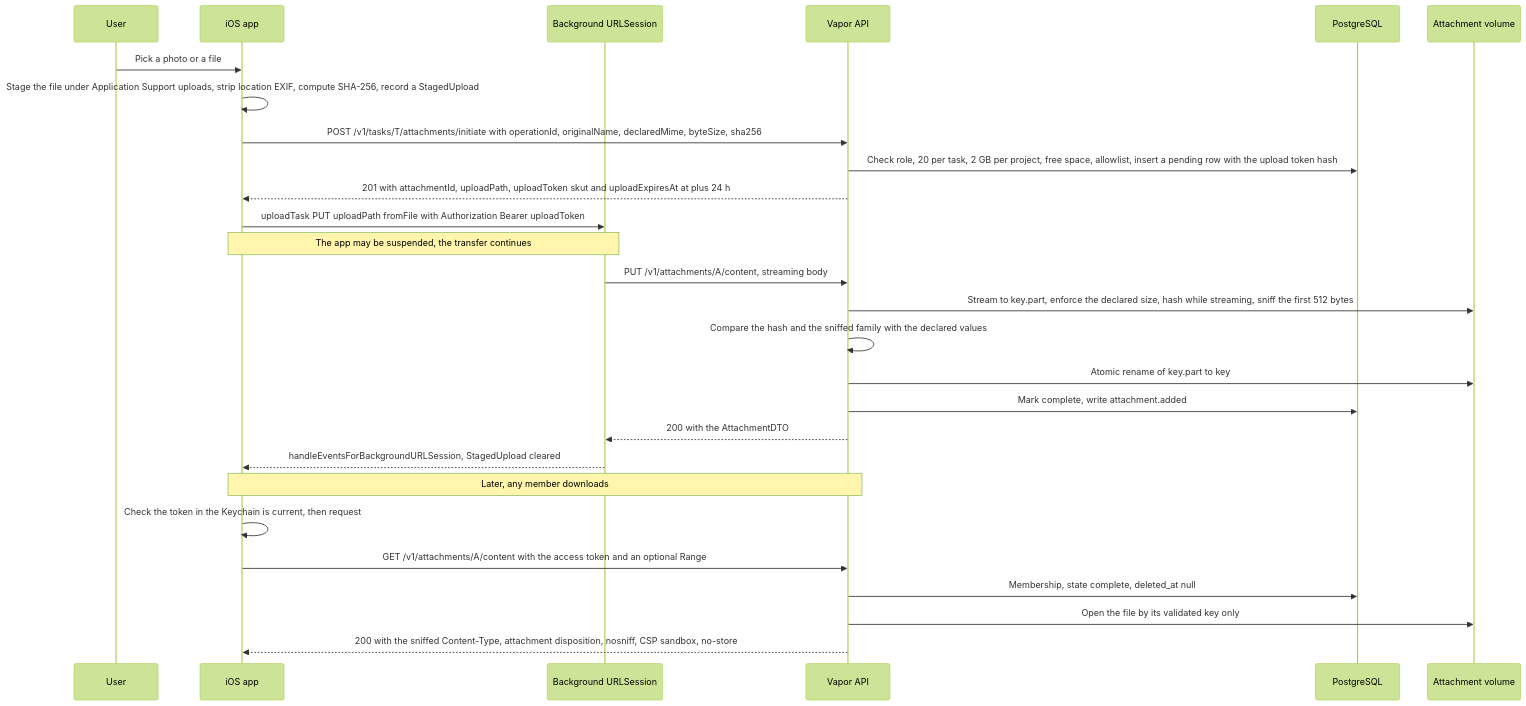
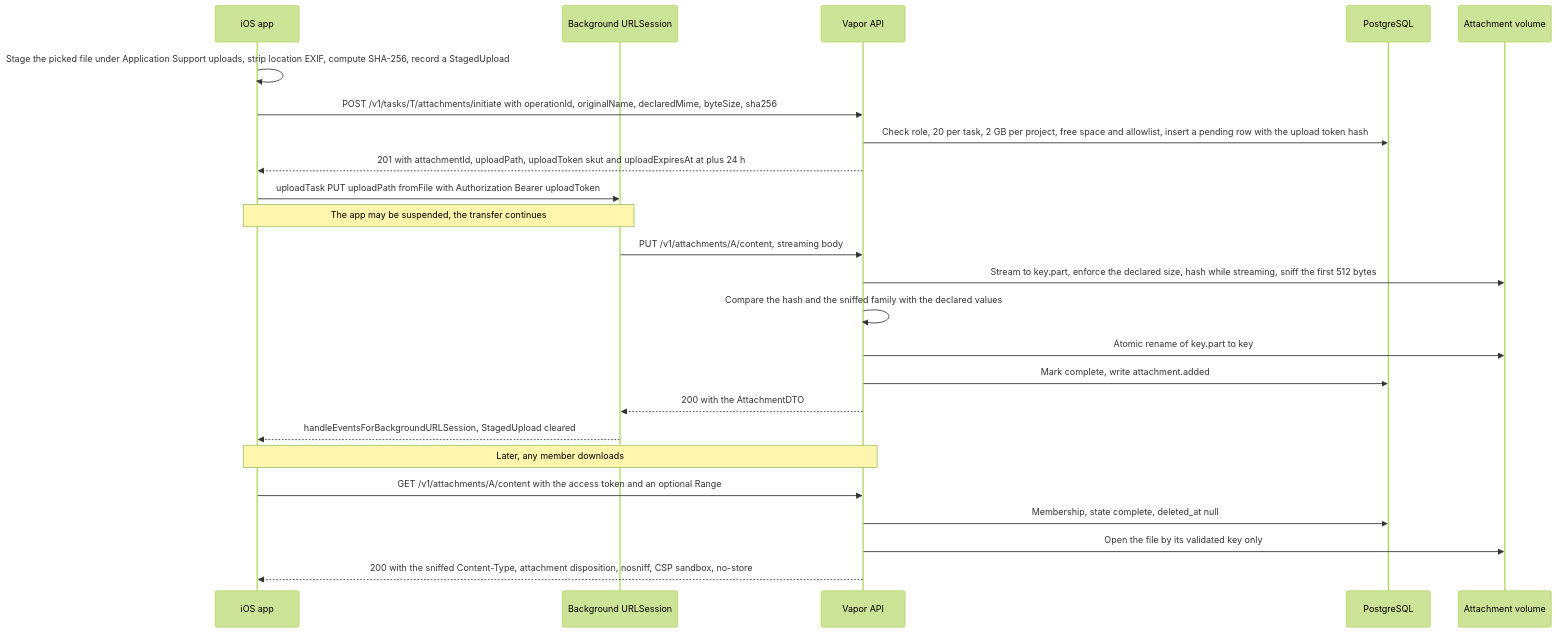
One commit to cdcucco/Shared-Kanban changed the tenth of 13 diagrams in docs/architecture.md. Above: the diagram before and after it, drawn with Mermaid (forest theme). The commit also changed other lines of this file and 1 other file, not shown here.

First line of the commit message:
docs: architecture and threat model drafts

````diff
--- a/docs/architecture.md
+++ b/docs/architecture.md
@@ -643,29 +584,26 @@
 ```mermaid
 sequenceDiagram
-    participant U as User
     participant App as iOS app
     participant BG as Background URLSession
     participant API as Vapor API
     participant DB as PostgreSQL
     participant Vol as Attachment volume
-    U->>App: Pick a photo or a file
-    App->>App: Stage the file under Application Support uploads, strip location EXIF, compute SHA-256, record a StagedUpload
+    App->>App: Stage the picked file under Application Support uploads, strip location EXIF, compute SHA-256, record a StagedUpload
     App->>API: POST /v1/tasks/T/attachments/initiate with operationId, originalName, declaredMime, byteSize, sha256
-    API->>DB: Check role, 20 per task, 2 GB per project, free space, allowlist, insert a pending row with the upload token hash
+    API->>DB: Check role, 20 per task, 2 GB per project, free space and allowlist, insert a pending row with the upload token hash
     API-->>App: 201 with attachmentId, uploadPath, uploadToken skut and uploadExpiresAt at plus 24 h
     App->>BG: uploadTask PUT uploadPath fromFile with Authorization Bearer uploadToken
     Note over App,BG: The app may be suspended, the transfer continues
     BG->>API: PUT /v1/attachments/A/content, streaming body
     API->>Vol: Stream to key.part, enforce the declared size, hash while streaming, sniff the first 512 bytes
     API->>API: Compare the hash and the sniffed family with the declared values
     API->>Vol: Atomic rename of key.part to key
     API->>DB: Mark complete, write attachment.added
     API-->>BG: 200 with the AttachmentDTO
     BG-->>App: handleEventsForBackgroundURLSession, StagedUpload cleared
     Note over App,API: Later, any member downloads
-    App->>App: Check the token in the Keychain is current, then request
     App->>API: GET /v1/attachments/A/content with the access token and an optional Range
     API->>DB: Membership, state complete, deleted_at null
     API->>Vol: Open the file by its validated key only
     API-->>App: 200 with the sniffed Content-Type, attachment disposition, nosniff, CSP sandbox, no-store
 ```
````
